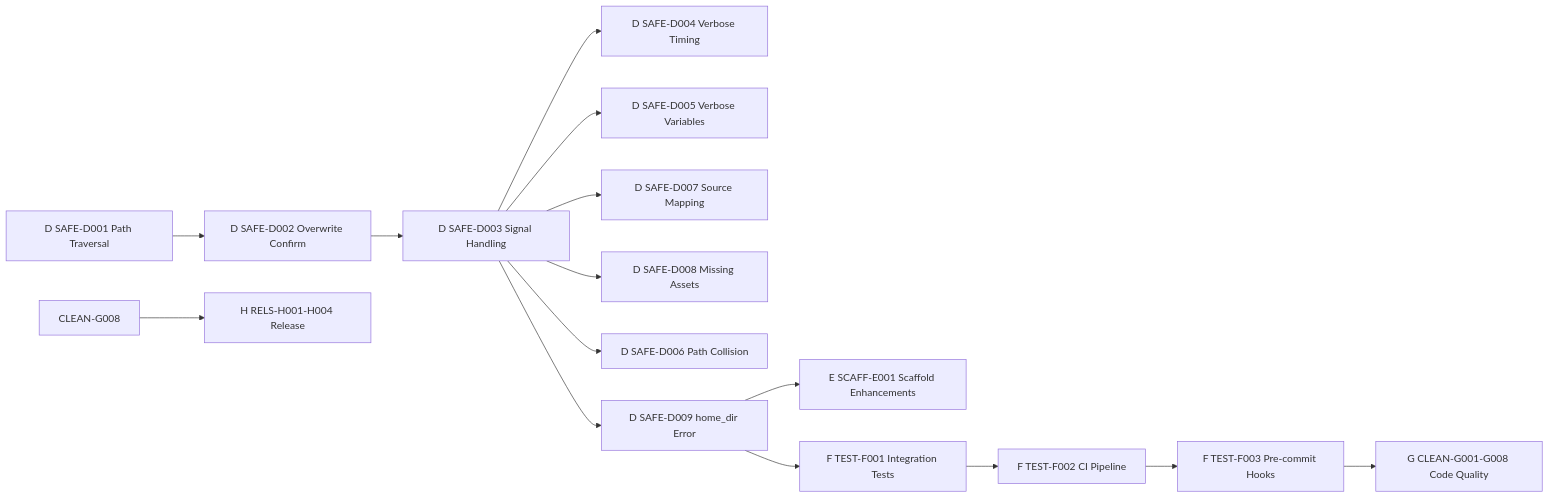
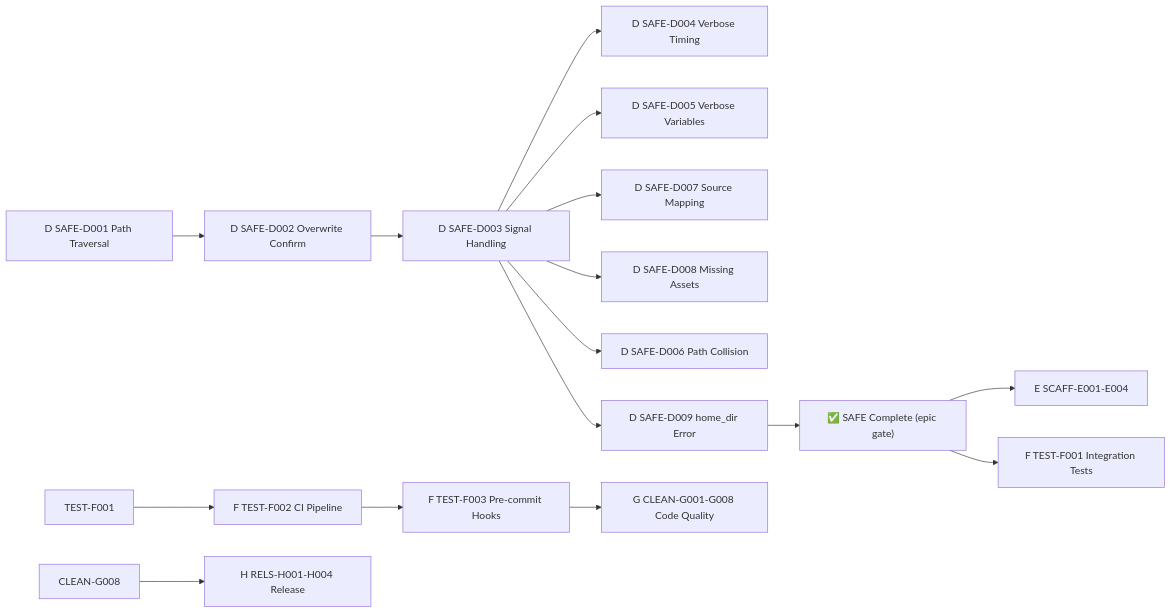
One commit to Tuvren/skillprism changed the diagram in .constitution/tasks/critical-path.md. Above: the diagram before and after it, drawn with Mermaid. The commit also changed 6 other files, not shown here.

Commit message:
fix review round 3: add ticket separators, API compat matrix, fix mermaid epic gating

````diff
--- a/.constitution/tasks/critical-path.md
+++ b/.constitution/tasks/critical-path.md
@@ -16,19 +16,20 @@
 ```mermaid
 flowchart LR
   SAFE-D001["D SAFE-D001 Path Traversal"] --> SAFE-D002["D SAFE-D002 Overwrite Confirm"]
   SAFE-D002 --> SAFE-D003["D SAFE-D003 Signal Handling"]
   SAFE-D003 --> SAFE-D004["D SAFE-D004 Verbose Timing"]
   SAFE-D003 --> SAFE-D005["D SAFE-D005 Verbose Variables"]
   SAFE-D003 --> SAFE-D007["D SAFE-D007 Source Mapping"]
   SAFE-D003 --> SAFE-D008["D SAFE-D008 Missing Assets"]
   SAFE-D003 --> SAFE-D006["D SAFE-D006 Path Collision"]
   SAFE-D003 --> SAFE-D009["D SAFE-D009 home_dir Error"]
 
-  SAFE-D009 --> SCAFF-E001["E SCAFF-E001 Scaffold Enhancements"]
-  SAFE-D009 --> TEST-F001["F TEST-F001 Integration Tests"]
+  SAFE-D009 --> SAFE_DONE["✅ SAFE Complete (epic gate)"]
+  SAFE_DONE --> SCAFF_E["E SCAFF-E001-E004"]
+  SAFE_DONE --> TEST_F["F TEST-F001 Integration Tests"]
 
   TEST-F001 --> TEST-F002["F TEST-F002 CI Pipeline"]
   TEST-F002 --> TEST-F003["F TEST-F003 Pre-commit Hooks"]
   TEST-F003 --> CLEAN-G001["G CLEAN-G001-G008 Code Quality"]
   CLEAN-G008 --> RELS-H001["H RELS-H001-H004 Release"]
 ```
````
